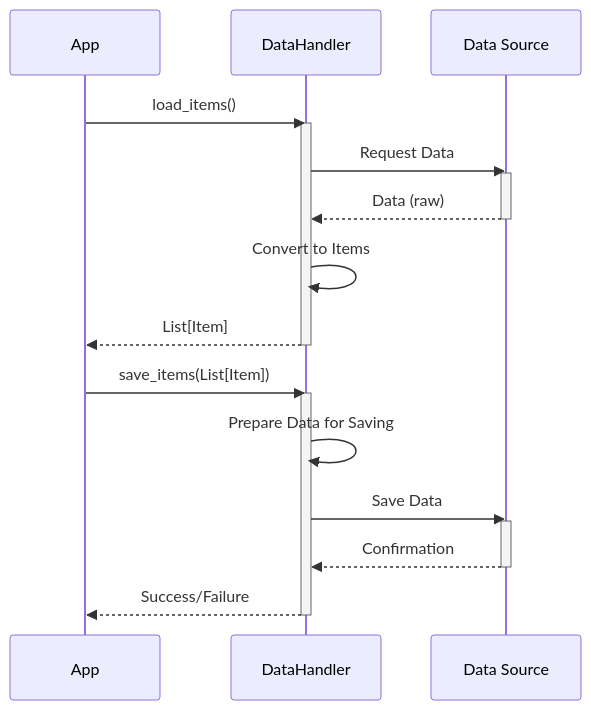
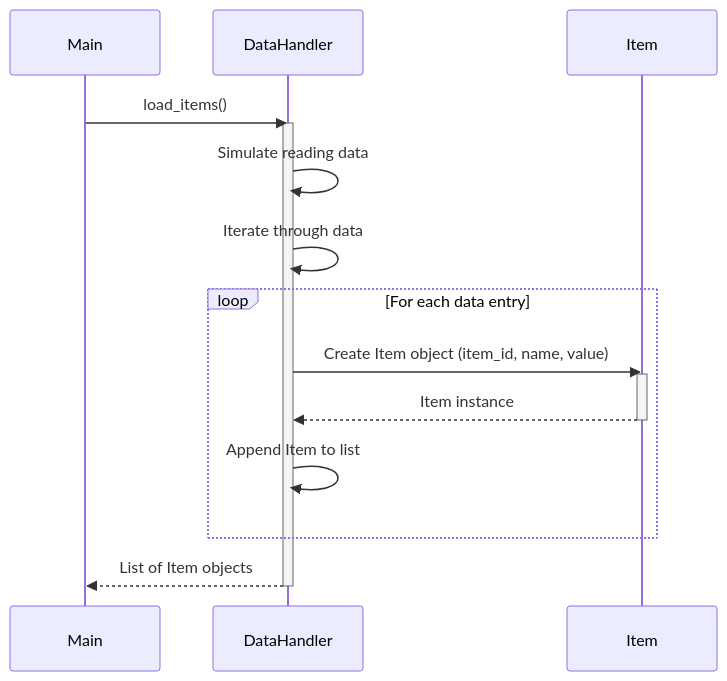
One commit to OpenXFlow/sourceLensAI changed the diagram in output/python-sample-project/03_data-handling.md. Above: the diagram before and after it, drawn with Mermaid. The commit also changed other lines of this file and 25 other files, not shown here.

````diff
--- a/output/python-sample-project/03_data-handling.md
+++ b/output/python-sample-project/03_data-handling.md
@@ -15,24 +80,19 @@
 ```mermaid
 sequenceDiagram
-    participant App
+    participant Main
     participant DataHandler
-    participant Data Source
-    App->>DataHandler: load_items()
+    participant Item
+    Main->>DataHandler: load_items()
     activate DataHandler
-    DataHandler->>Data Source: Request Data
-    activate Data Source
-    Data Source-->>DataHandler: Data (raw)
-    deactivate Data Source
-    DataHandler->>DataHandler: Convert to Items
-    DataHandler-->>App: List[Item]
-    deactivate DataHandler
-    App->>DataHandler: save_items(List[Item])
-    activate DataHandler
-    DataHandler->>DataHandler: Prepare Data for Saving
-    DataHandler->>Data Source: Save Data
-    activate Data Source
-    Data Source-->>DataHandler: Confirmation
-    deactivate Data Source
-    DataHandler-->>App: Success/Failure
+    DataHandler->>DataHandler: Simulate reading data
+    DataHandler->>DataHandler: Iterate through data
+    loop For each data entry
+        DataHandler->>Item: Create Item object (item_id, name, value)
+        activate Item
+        Item-->>DataHandler: Item instance
+        deactivate Item
+        DataHandler->>DataHandler: Append Item to list
+    end
+    DataHandler-->>Main: List of Item objects
     deactivate DataHandler
 ```
````
